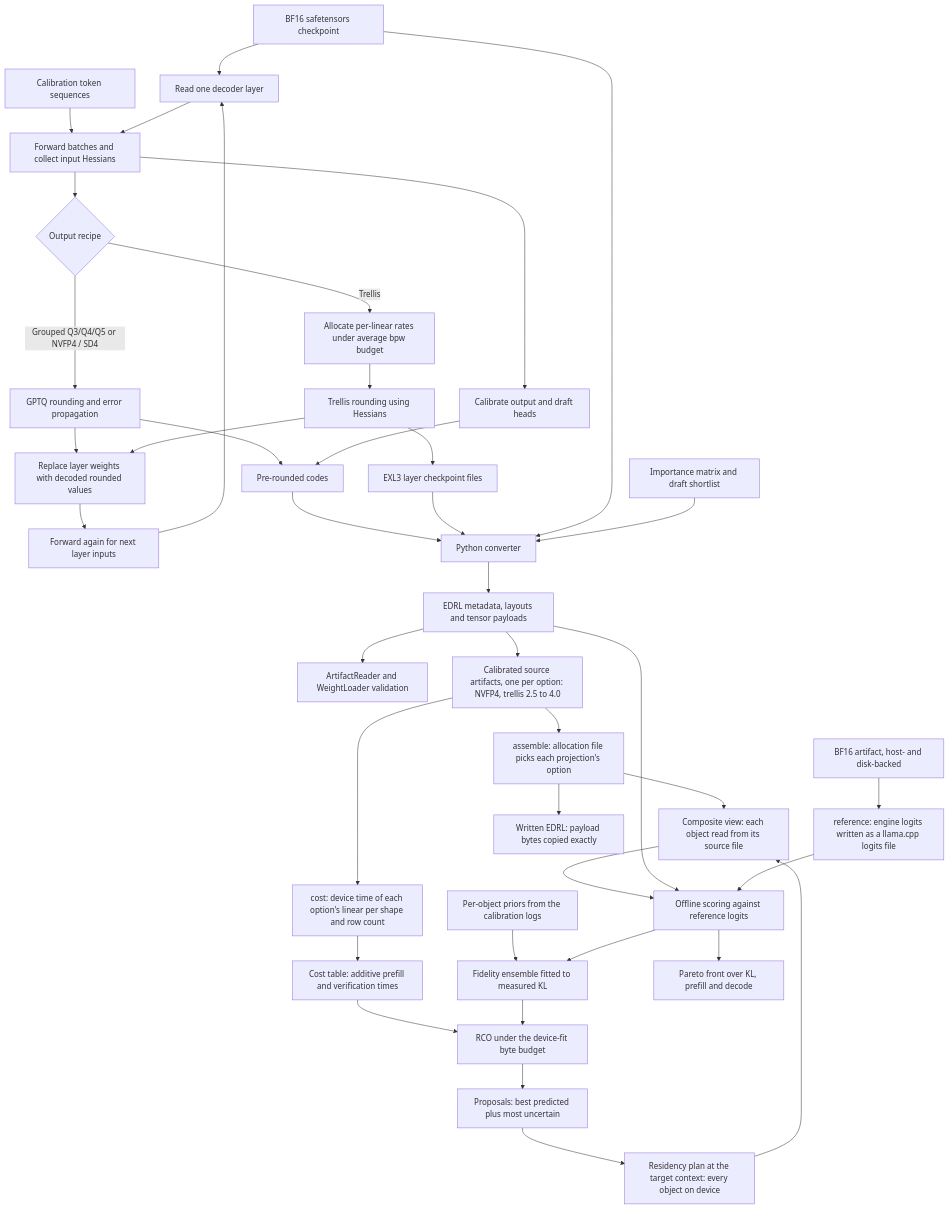
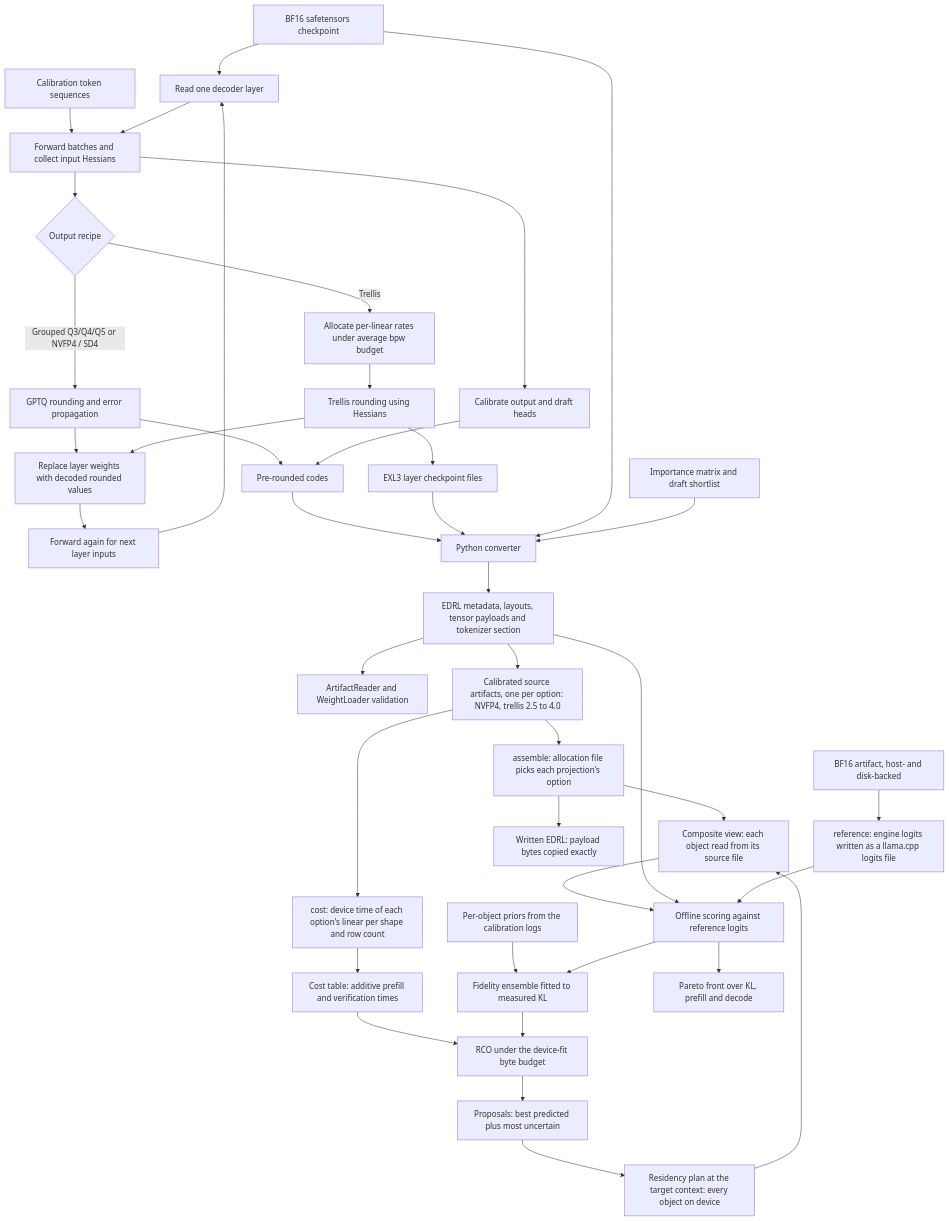
Before and after one commit to Euhedral-Engine/Euhedral: the diagram in docs/architecture/06-quantization.md, drawn with Mermaid. The commit also changed other lines of this file and 10 other files, not shown here.

Commit message:
docs: refresh architecture against current runtime and startup

````diff
--- a/docs/architecture/06-quantization.md
+++ b/docs/architecture/06-quantization.md
@@ -5,42 +5,42 @@
 ```mermaid
 flowchart TD
     Checkpoint[BF16 safetensors checkpoint] --> Layer[Read one decoder layer]
     Tokens[Calibration token sequences] --> Forward[Forward batches and collect input Hessians]
     Layer --> Forward
     Forward --> Recipe{Output recipe}
     Recipe -->|Grouped Q3/Q4/Q5 or NVFP4 / SD4| GPTQ[GPTQ rounding and error propagation]
     Recipe -->|Trellis| Allocation[Allocate per-linear rates under average bpw budget]
     Allocation --> Trellis[Trellis rounding using Hessians]
     GPTQ --> Replace[Replace layer weights with decoded rounded values]
     Trellis --> Replace
     Replace --> Next[Forward again for next layer inputs]
     Next --> Layer
     GPTQ --> Codes[Pre-rounded codes]
     Trellis --> EXL3[EXL3 layer checkpoint files]
     Forward --> Heads[Calibrate output and draft heads]
     Heads --> Codes
     Codes --> Convert[Python converter]
     EXL3 --> Convert
     Checkpoint --> Convert
     Importance[Importance matrix and draft shortlist] --> Convert
-    Convert --> Artifact[EDRL metadata, layouts and tensor payloads]
+    Convert --> Artifact[EDRL metadata, layouts, tensor payloads and tokenizer section]
     Artifact --> Load[ArtifactReader and WeightLoader validation]
     Artifact --> Sources[Calibrated source artifacts, one per option: NVFP4, trellis 2.5 to 4.0]
     Sources --> Assemble[assemble: allocation file picks each projection's option]
     Assemble --> Composite[Composite view: each object read from its source file]
     Assemble --> Written[Written EDRL: payload bytes copied exactly]
     Composite --> Score[Offline scoring against reference logits]
     Artifact --> Score
     BF16[BF16 artifact, host- and disk-backed] --> Reference[reference: engine logits written as a llama.cpp logits file]
     Reference --> Score
     Sources --> Cost[cost: device time of each option's linear per shape and row count]
     Cost --> Table[Cost table: additive prefill and verification times]
     Priors[Per-object priors from the calibration logs] --> Fit[Fidelity ensemble fitted to measured KL]
     Table --> RCO[RCO under the device-fit byte budget]
     Fit --> RCO
     RCO --> Propose[Proposals: best predicted plus most uncertain]
     Propose --> Check[Residency plan at the target context: every object on device]
     Check --> Composite
     Score --> Fit
     Score --> Front[Pareto front over KL, prefill and decode]
 ```
````
